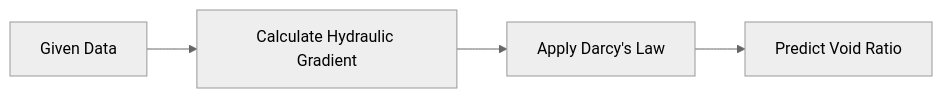
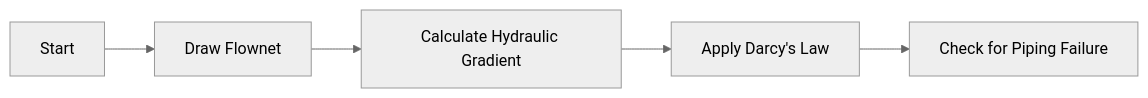
Before and after one commit to imxade/dontCompete: the diagram in frontend/public/assets/gate/ce/geotechnical-engineering/seepage-analysis.md, drawn with Mermaid (neutral theme). The commit also changed other lines of this file and 4395 other files, not shown here.

````diff
--- a/frontend/public/assets/gate/ce/geotechnical-engineering/seepage-analysis.md
+++ b/frontend/public/assets/gate/ce/geotechnical-engineering/seepage-analysis.md
@@ -62,6 +113,7 @@
 ```mermaid
 graph LR
-A[Given Data] --> B[Calculate Hydraulic Gradient]
-B --> C[Apply Darcy's Law]
-C --> D[Predict Void Ratio]
+    A[Start] --> B[Draw Flownet]
+    B --> C[Calculate Hydraulic Gradient]
+    C --> D[Apply Darcy's Law]
+    D --> E[Check for Piping Failure]
 ```
````
